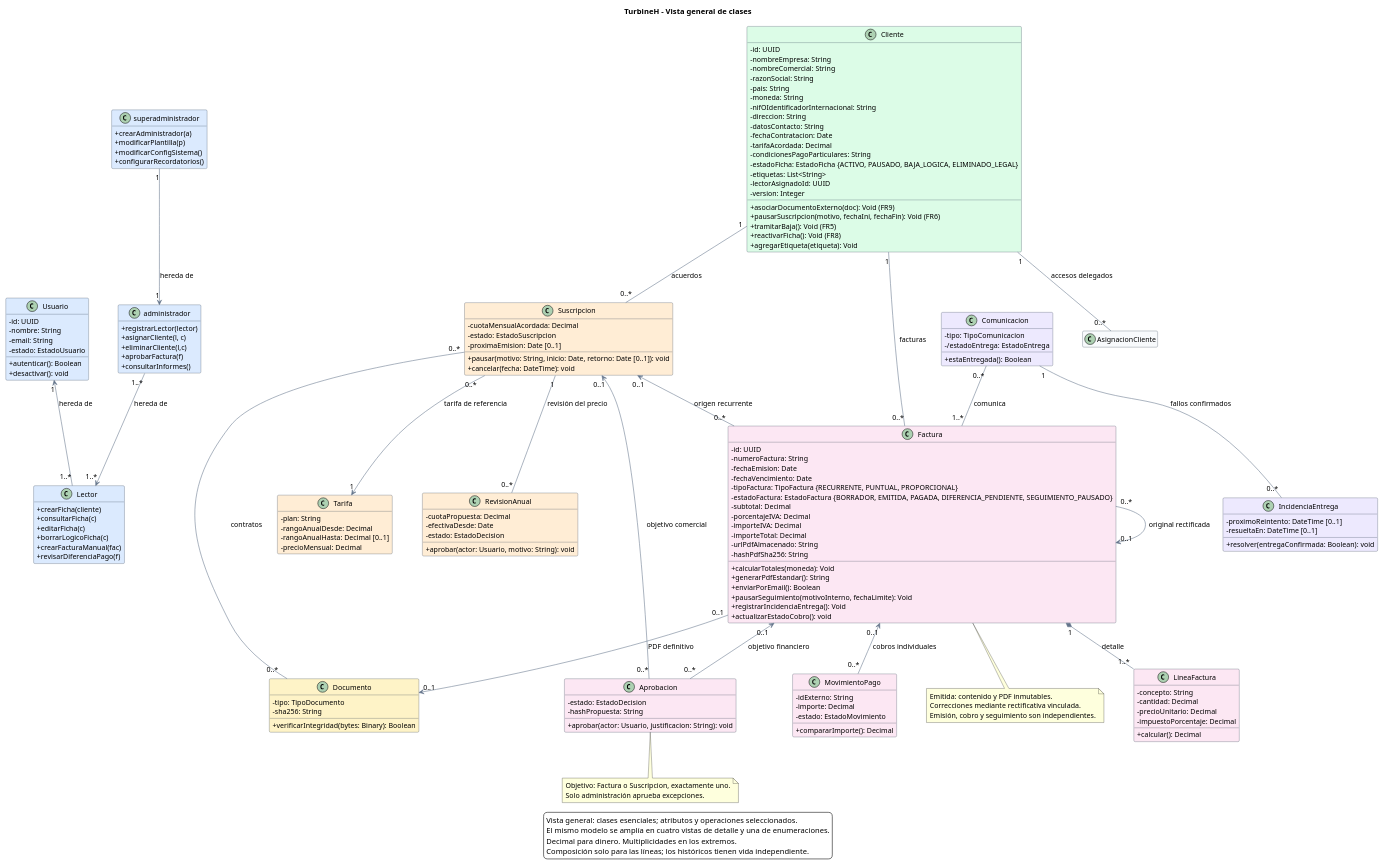
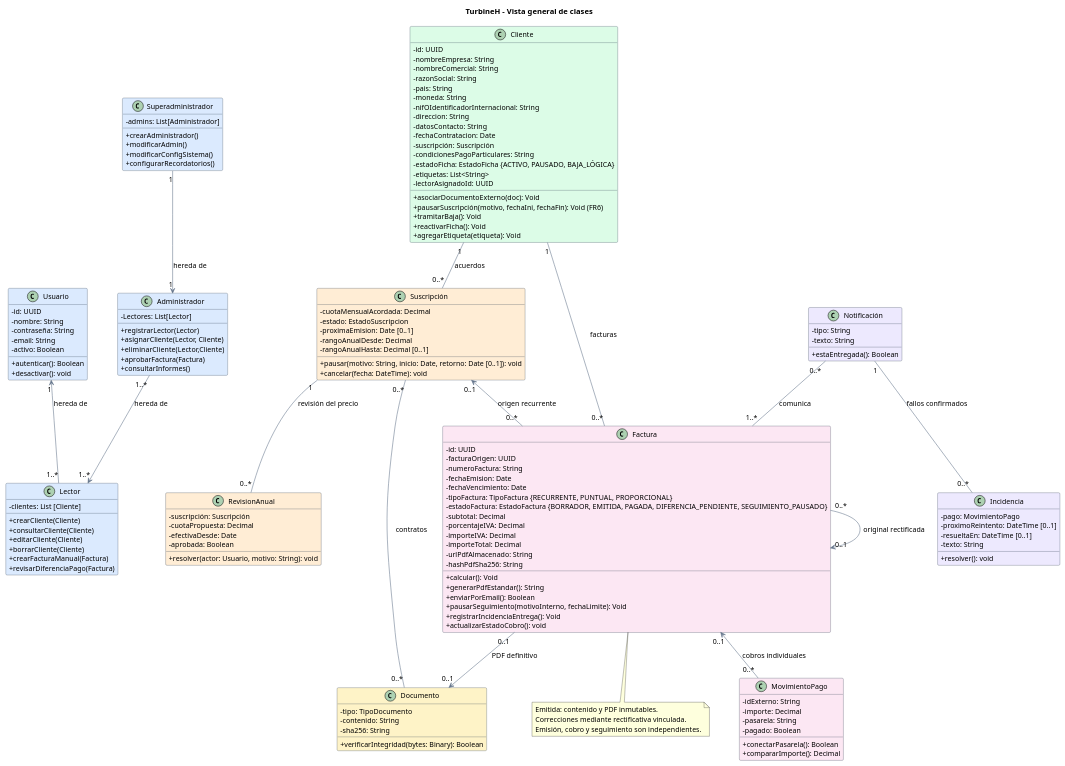
Before and after one commit to HBauty/Metodo-del-caso-ADAp: the diagram in Diagrama_de_Clases.puml, drawn with PlantUML.

Commit message:
Mejorar diagrama de clases
Clases mejoradas, aún falta arreglar las relaciones. (Se me borró una vez, conste en acta :( )

```diff
--- a/Diagrama_de_Clases.puml
+++ b/Diagrama_de_Clases.puml
@@ -1,188 +1,170 @@
 @startuml TurbineH_clases
 ' Vista general del mismo modelo desarrollado en las vistas de detalle.
 ' Solo se muestran clases centrales y operaciones representativas.
 ' UTF-8. Vista autocontenida: no necesita includes ni archivos externos.
 top to bottom direction
 skinparam backgroundColor #FFFFFF
 skinparam shadowing false
 skinparam defaultFontName Arial
 skinparam defaultFontSize 13
 skinparam classAttributeIconSize 0
 skinparam nodesep 55
 skinparam ranksep 65
 skinparam ArrowColor #64748B
 skinparam class {
   BackgroundColor #F8FAFC
   BorderColor #334155
   BackgroundColor<<referencia>> #E2E8F0
   BackgroundColor<<servicio>> #DBEAFE
   BackgroundColor<<control>> #E0E7FF
   BackgroundColor<<adaptador>> #DCFCE7
   BackgroundColor<<inmutable>> #FEF3C7
 }
 hide empty members
 
 title TurbineH - Vista general de clases
 
 class Usuario #DBEAFE {
   - id: UUID
   - nombre: String 
+  - contraseña: String
   - email: String
-  - estado: EstadoUsuario
+  - activo: Boolean
   + autenticar(): Boolean
   + desactivar(): void
 }
 class Lector #DBEAFE {
-+ crearFicha(cliente)    
- + consultarFicha(c)        
- + editarFicha(c)            
- + borrarLogicoFicha(c)       
- + crearFacturaManual(fac)      
- + revisarDiferenciaPago(f)
+ - clientes: List [Cliente]
+ + crearCliente(Cliente)    
+ + consultarCliente(Cliente)        
+ + editarCliente(Cliente)            
+ + borrarCliente(Cliente)       
+ + crearFacturaManual(Factura)      
+ + revisarDiferenciaPago(Factura)
 }
-class administrador #DBEAFE {
-+ registrarLector(lector)  
-+ asignarCliente(l, c)     
-+ eliminarCliente(l,c)    
-+ aprobarFactura(f) 
+class Administrador #DBEAFE {
+- Lectores: List[Lector]
++ registrarLector(Lector)  
++ asignarCliente(Lector, Cliente)     
++ eliminarCliente(Lector,Cliente)    
++ aprobarFactura(Factura) 
 + consultarInformes() 
 }
-class superadministrador #DBEAFE {
-+ crearAdministrador(a)   
-+ modificarPlantilla(p)    
+class Superadministrador #DBEAFE {
+- admins: List[Administrador]
++ crearAdministrador()
++ modificarAdmin()      
 + modificarConfigSistema() 
 + configurarRecordatorios() 
 }
 class Cliente #DCFCE7 {
   - id: UUID                                                                 
  - nombreEmpresa: String                                                    
  - nombreComercial: String                                                  
  - razonSocial: String                                                      
  - pais: String                                                             
  - moneda: String                                                           
  - nifOIdentificadorInternacional: String            
  - direccion: String                                                        
  - datosContacto: String                                                    
  - fechaContratacion: Date                                                  
- - tarifaAcordada: Decimal                                            
+ - suscripción: Suscripción                                           
  - condicionesPagoParticulares: String                                      
- - estadoFicha: EstadoFicha {ACTIVO, PAUSADO, BAJA_LOGICA, ELIMINADO_LEGAL} 
+ - estadoFicha: EstadoFicha {ACTIVO, PAUSADO, BAJA_LÓGICA} 
  - etiquetas: List<String>                                            
- - lectorAsignadoId: UUID                                              
- - version: Integer    
-  + asociarDocumentoExterno(doc): Void (FR9)                                 
-  + pausarSuscripcion(motivo, fechaIni, fechaFin): Void (FR6)                
-  + tramitarBaja(): Void (FR5)                                               
-  + reactivarFicha(): Void (FR8)                                                         
+ - lectorAsignadoId: UUID                                                  
+  + asociarDocumentoExterno(doc): Void                              
+  + pausarSuscripción(motivo, fechaIni, fechaFin): Void (FR6)                
+  + tramitarBaja(): Void                                              
+  + reactivarFicha(): Void                                                         
   + agregarEtiqueta(etiqueta): Void 
 }
-class Suscripcion #FFEDD5 {
+class Suscripción #FFEDD5 {
   - cuotaMensualAcordada: Decimal
   - estado: EstadoSuscripcion
   - proximaEmision: Date [0..1]
+  - rangoAnualDesde: Decimal
+  - rangoAnualHasta: Decimal [0..1]
   + pausar(motivo: String, inicio: Date, retorno: Date [0..1]): void
   + cancelar(fecha: DateTime): void
 }
-class Tarifa #FFEDD5 {
-  - plan: String
-  - rangoAnualDesde: Decimal
-  - rangoAnualHasta: Decimal [0..1]
-  - precioMensual: Decimal
-}
+
 class RevisionAnual #FFEDD5 {
+  - suscripción: Suscripción
   - cuotaPropuesta: Decimal
   - efectivaDesde: Date
-  - estado: EstadoDecision
-  + aprobar(actor: Usuario, motivo: String): void
+  - aprobada: Boolean
+  + resolver(actor: Usuario, motivo: String): void
 }
 class Factura #FCE7F3 {
-  - id: UUID                                                                 
+  - id: UUID       
+  - facturaOrigen: UUID                                                          
   - numeroFactura: String                   
   - fechaEmision: Date                                                        
   - fechaVencimiento: Date                                                   
   - tipoFactura: TipoFactura {RECURRENTE, PUNTUAL, PROPORCIONAL}             
   - estadoFactura: EstadoFactura {BORRADOR, EMITIDA, PAGADA, DIFERENCIA_PENDIENTE, SEGUIMIENTO_PAUSADO}
   - subtotal: Decimal                                                 
   - porcentajeIVA: Decimal                                             
  - importeIVA: Decimal                                
 - importeTotal: Decimal                                             
 - urlPdfAlmacenado: String                                                 
-- hashPdfSha256: String                                             
-  + calcularTotales(moneda): Void                                
+- hashPdfSha256: String 
+  + calcular(): Void                                                                         
   + generarPdfEstandar(): String             
   + enviarPorEmail(): Boolean                                         
   + pausarSeguimiento(motivoInterno, fechaLimite): Void               
   + registrarIncidenciaEntrega(): Void 
   + actualizarEstadoCobro(): void
 }
-class LineaFactura #FCE7F3 {
-  - concepto: String
-  - cantidad: Decimal
-  - precioUnitario: Decimal
-  - impuestoPorcentaje: Decimal
-  + calcular(): Decimal
-}
-class Aprobacion #FCE7F3 {
-  - estado: EstadoDecision
-  - hashPropuesta: String
-  + aprobar(actor: Usuario, justificacion: String): void
-}
+
 class MovimientoPago #FCE7F3 {
   - idExterno: String
   - importe: Decimal
-  - estado: EstadoMovimiento
+  - pasarela: String
+  - pagado: Boolean
+  + conectarPasarela(): Boolean
   + compararImporte(): Decimal
 }
 class Documento #FEF3C7 {
   - tipo: TipoDocumento
+  - contenido: String
   - sha256: String
   + verificarIntegridad(bytes: Binary): Boolean
 }
-class Comunicacion #EDE9FE {
-  - tipo: TipoComunicacion
-  - /estadoEntrega: EstadoEntrega
+class Notificación #EDE9FE {
+  - tipo: String
+  - texto: String
   + estaEntregada(): Boolean
 }
-class IncidenciaEntrega #EDE9FE {
+class Incidencia #EDE9FE {
+  - pago: MovimientoPago
   - proximoReintento: DateTime [0..1]
   - resueltaEn: DateTime [0..1]
-  + resolver(entregaConfirmada: Boolean): void
+  - texto: String 
+  + resolver(): void
 }
 
 Usuario "1" <-- "1..*" Lector : hereda de
-administrador "1..*" --> "1..*" Lector : hereda de
-superadministrador "1" --> "1" administrador : hereda de
-Cliente "1" -- "0..*" AsignacionCliente : accesos delegados
-Cliente "1" -- "0..*" Suscripcion : acuerdos
+Administrador "1..*" --> "1..*" Lector : hereda de
+Superadministrador "1" --> "1" Administrador : hereda de
+Cliente "1" -- "0..*" Suscripción : acuerdos
 Cliente "1" -- "0..*" Factura : facturas
-Suscripcion "0..*" --> "1" Tarifa : tarifa de referencia
-Suscripcion "1" -- "0..*" RevisionAnual : revisión del precio
-Suscripcion "0..1" <-- "0..*" Factura : origen recurrente
-Factura "1" *-- "1..*" LineaFactura : detalle
+Suscripción "1" -- "0..*" RevisionAnual : revisión del precio
+Suscripción "0..1" <-- "0..*" Factura : origen recurrente
 Factura "0..*" --> "0..1" Factura : original rectificada
-Factura "0..1" <-- "0..*" Aprobacion : objetivo financiero
-Suscripcion "0..1" <-- "0..*" Aprobacion : objetivo comercial
 Factura "0..1" <-- "0..*" MovimientoPago : cobros individuales
 Factura "0..1" --> "0..1" Documento : PDF definitivo
-Suscripcion "0..*" -- "0..*" Documento : contratos
-Comunicacion "0..*" -- "1..*" Factura : comunica
-Comunicacion "1" -- "0..*" IncidenciaEntrega : fallos confirmados
+Suscripción "0..*" -- "0..*" Documento : contratos
+Notificación "0..*" -- "1..*" Factura : comunica
+Notificación "1" -- "0..*" Incidencia : fallos confirmados
 
-note bottom of Aprobacion
-  Objetivo: Factura o Suscripcion, exactamente uno.
-  Solo administración aprueba excepciones.
-end note
+
 
 note bottom of Factura
   Emitida: contenido y PDF inmutables.
   Correcciones mediante rectificativa vinculada.
   Emisión, cobro y seguimiento son independientes.
 end note
 
-legend bottom
-  Vista general: clases esenciales; atributos y operaciones seleccionados.
-  El mismo modelo se amplía en cuatro vistas de detalle y una de enumeraciones.
-  Decimal para dinero. Multiplicidades en los extremos.
-  Composición solo para las líneas; los históricos tienen vida independiente.
-endlegend
 @enduml
```
